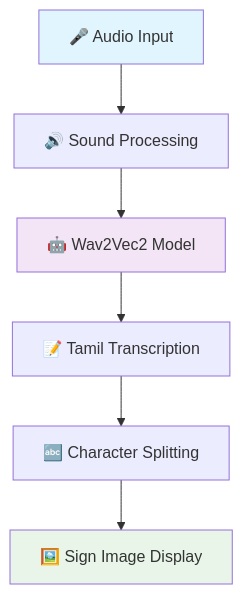
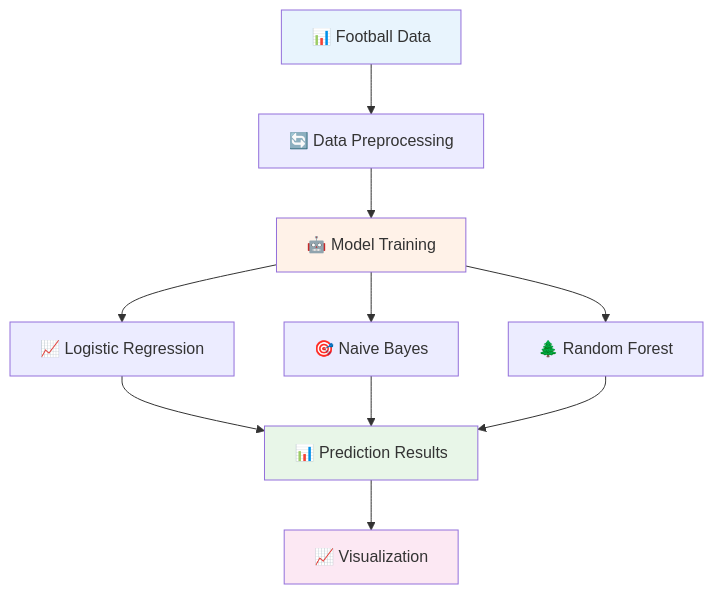
Before and after one commit to Mithun141404/football-match-result-predictor: the second of 3 diagrams in Readme.md, drawn with Mermaid. The commit also changed other lines of this file, not shown here.

````diff
--- a/Readme.md
+++ b/Readme.md
@@ -153,12 +125,17 @@
 ```mermaid
 graph TB
-    A[🎤 Audio Input] --> B[🔊 Sound Processing]
-    B --> C[🤖 Wav2Vec2 Model]
-    C --> D[📝 Tamil Transcription]
-    D --> E[🔤 Character Splitting]
-    E --> F[🖼️ Sign Image Display]
+    A[📊 Football Data] --> B[🔄 Data Preprocessing]
+    B --> C[🤖 Model Training]
+    C --> D[📈 Logistic Regression]
+    C --> E[🎯 Naive Bayes]
+    C --> F[🌲 Random Forest]
+    D --> G[📊 Prediction Results]
+    E --> G
+    F --> G
+    G --> H[📈 Visualization]
     
-    style A fill:#e1f5fe
-    style C fill:#f3e5f5
-    style F fill:#e8f5e8
+    style A fill:#e8f4fd
+    style C fill:#fff2e8
+    style G fill:#e8f6e8
+    style H fill:#fce8f3
 ```
````
